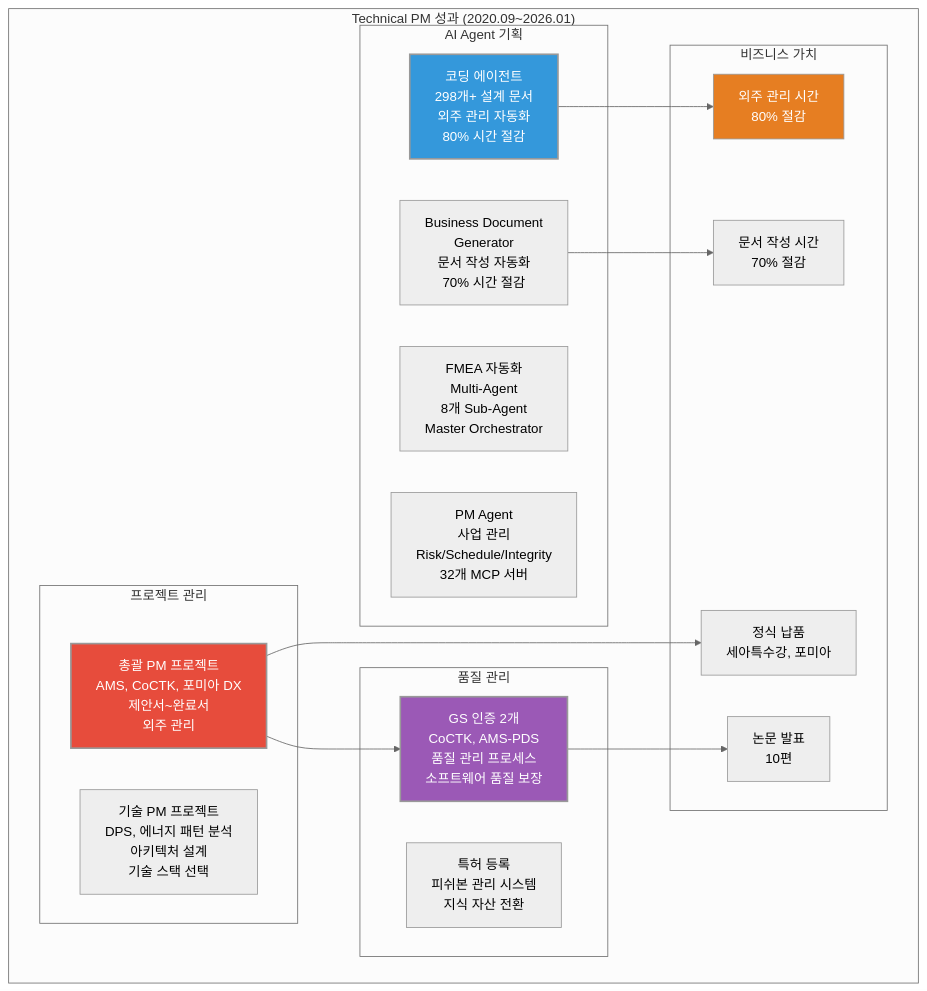
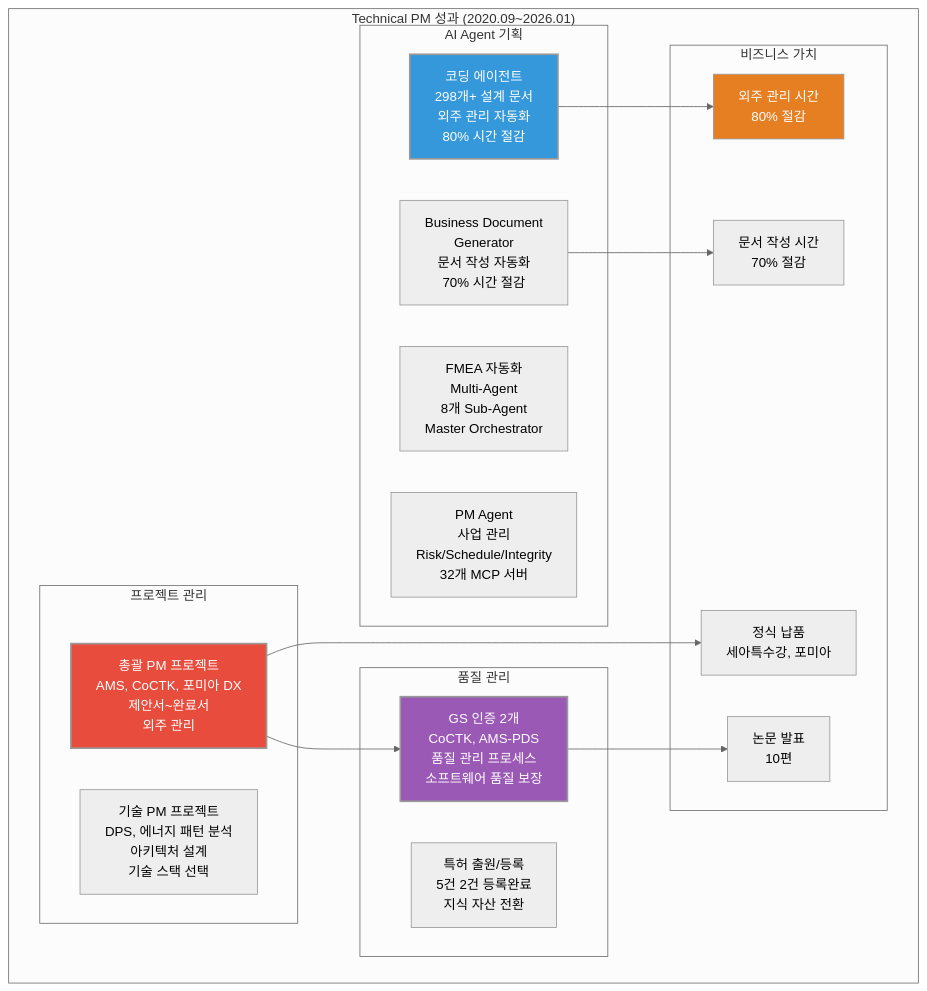
Before and after one commit to moobaek/Testing_AI_agents_for_public_use: the fourth of 4 diagrams in portfolio/portfolio_docs/resume_generator/assets/일반공개/권순룡_이력서_일반공개_Technical_PM.md, drawn with Mermaid (neutral theme). The commit also changed other lines of this file and 38 other files, not shown here.

````diff
--- a/portfolio/portfolio_docs/resume_generator/assets/일반공개/권순룡_이력서_일반공개_Technical_PM.md
+++ b/portfolio/portfolio_docs/resume_generator/assets/일반공개/권순룡_이력서_일반공개_Technical_PM.md
@@ -416,39 +416,39 @@
 ```mermaid
 graph TB
     subgraph "Technical PM 성과 (2020.09~2026.01)"
         subgraph "프로젝트 관리"
             A1[총괄 PM 프로젝트<br/>AMS, CoCTK, 포미아 DX<br/>제안서~완료서<br/>외주 관리]
             A2[기술 PM 프로젝트<br/>DPS, 에너지 패턴 분석<br/>아키텍처 설계<br/>기술 스택 선택]
         end
         
         subgraph "AI Agent 기획"
             B1[코딩 에이전트<br/>298개+ 설계 문서<br/>외주 관리 자동화<br/>80% 시간 절감]
             B2[FMEA 자동화<br/>Multi-Agent<br/>8개 Sub-Agent<br/>Master Orchestrator]
             B3[PM Agent<br/>사업 관리<br/>Risk/Schedule/Integrity<br/>32개 MCP 서버]
             B4[Business Document<br/>Generator<br/>문서 작성 자동화<br/>70% 시간 절감]
         end
         
         subgraph "품질 관리"
             C1[GS 인증 2개<br/>CoCTK, AMS-PDS<br/>품질 관리 프로세스<br/>소프트웨어 품질 보장]
-            C2[특허 등록<br/>피쉬본 관리 시스템<br/>지식 자산 전환]
+            C2[특허 출원/등록<br/>5건 2건 등록완료<br/>지식 자산 전환]
         end
         
         subgraph "비즈니스 가치"
             D1[외주 관리 시간<br/>80% 절감]
             D2[문서 작성 시간<br/>70% 절감]
             D3[정식 납품<br/>세아특수강, 포미아]
             D4[논문 발표<br/>10편]
         end
     end
     
     A1 --> C1
     B1 --> D1
     B4 --> D2
     A1 --> D3
     C1 --> D4
     
     style A1 fill:#e74c3c,color:#fff,stroke-width:2px
     style B1 fill:#3498db,color:#fff,stroke-width:2px
     style C1 fill:#9b59b6,color:#fff,stroke-width:2px
     style D1 fill:#e67e22,color:#fff
 ```
````
